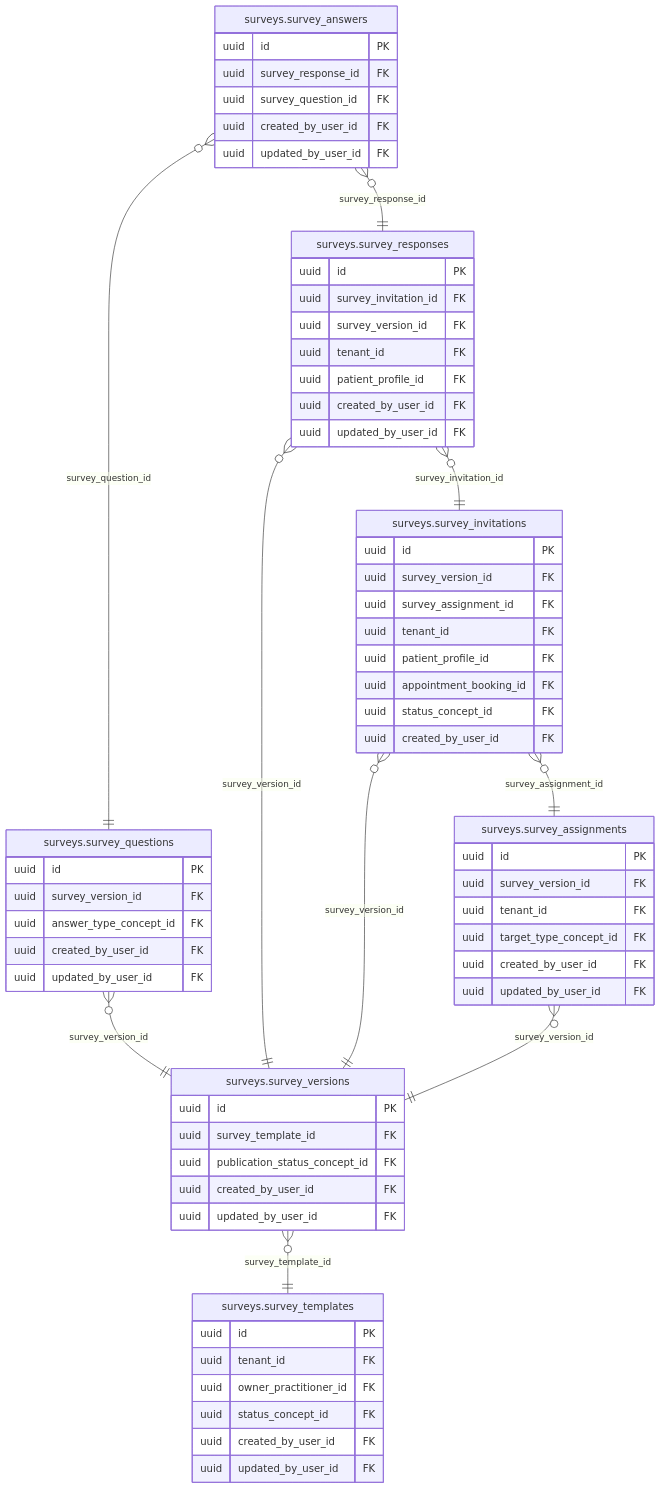
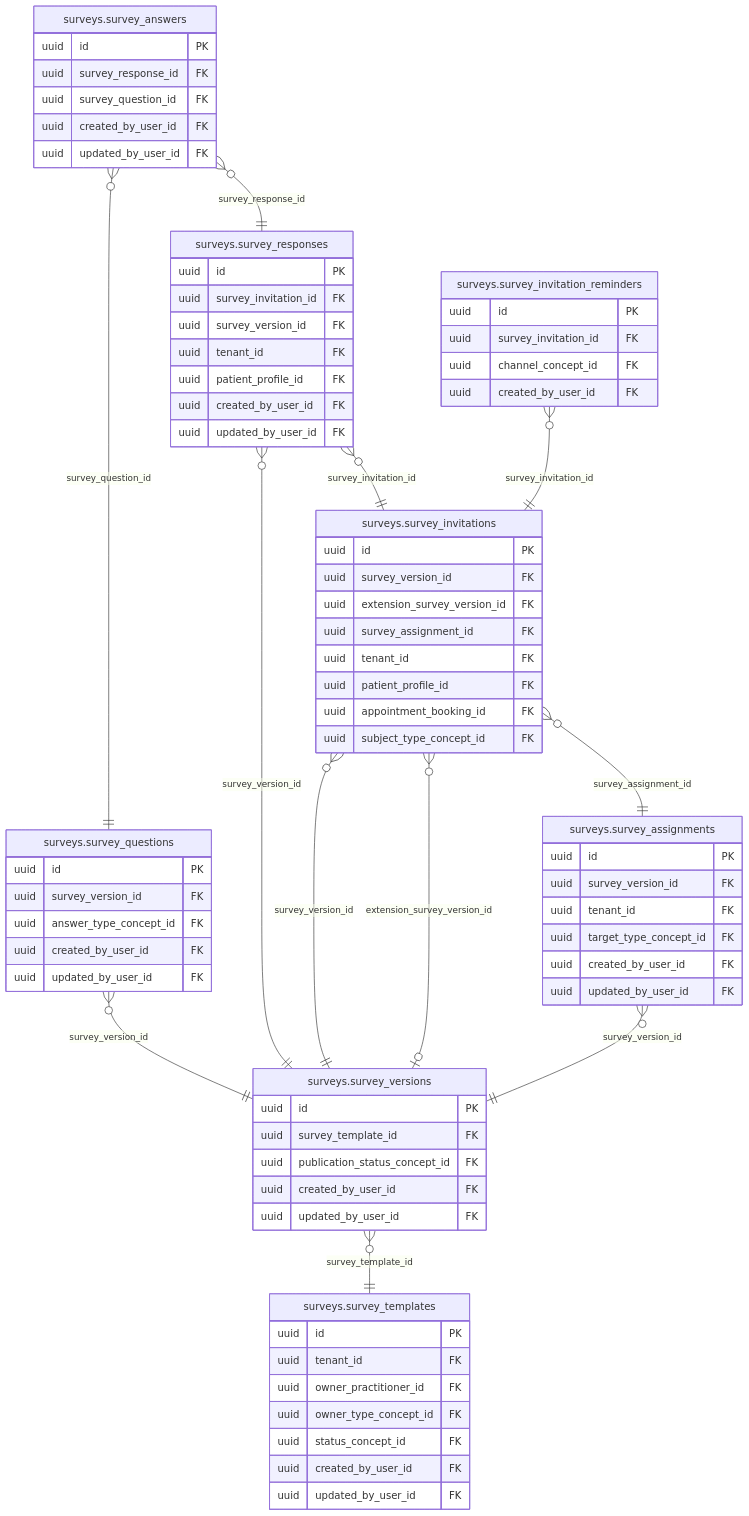
Before and after one commit to mdavila-2001/mantra-core-health-api: the diagram in docs/inventario/catalogo/surveys.md, drawn with Mermaid. The commit also changed other lines of this file and 1040 other files, not shown here.

````diff
--- a/docs/inventario/catalogo/surveys.md
+++ b/docs/inventario/catalogo/surveys.md
@@ -27,68 +28,77 @@
 ```mermaid
 erDiagram
   surveys_survey_answers["surveys.survey_answers"] {
     uuid id PK
     uuid survey_response_id FK
     uuid survey_question_id FK
     uuid created_by_user_id FK
     uuid updated_by_user_id FK
   }
   surveys_survey_questions["surveys.survey_questions"] {
     uuid id PK
     uuid survey_version_id FK
     uuid answer_type_concept_id FK
     uuid created_by_user_id FK
     uuid updated_by_user_id FK
   }
   surveys_survey_responses["surveys.survey_responses"] {
     uuid id PK
     uuid survey_invitation_id FK
     uuid survey_version_id FK
     uuid tenant_id FK
     uuid patient_profile_id FK
     uuid created_by_user_id FK
     uuid updated_by_user_id FK
   }
   surveys_survey_versions["surveys.survey_versions"] {
     uuid id PK
     uuid survey_template_id FK
     uuid publication_status_concept_id FK
     uuid created_by_user_id FK
     uuid updated_by_user_id FK
   }
   surveys_survey_invitations["surveys.survey_invitations"] {
     uuid id PK
     uuid survey_version_id FK
+    uuid extension_survey_version_id FK
     uuid survey_assignment_id FK
     uuid tenant_id FK
     uuid patient_profile_id FK
     uuid appointment_booking_id FK
-    uuid status_concept_id FK
-    uuid created_by_user_id FK
+    uuid subject_type_concept_id FK
   }
   surveys_survey_assignments["surveys.survey_assignments"] {
     uuid id PK
     uuid survey_version_id FK
     uuid tenant_id FK
     uuid target_type_concept_id FK
     uuid created_by_user_id FK
     uuid updated_by_user_id FK
   }
   surveys_survey_templates["surveys.survey_templates"] {
     uuid id PK
     uuid tenant_id FK
     uuid owner_practitioner_id FK
+    uuid owner_type_concept_id FK
     uuid status_concept_id FK
     uuid created_by_user_id FK
     uuid updated_by_user_id FK
+  }
+  surveys_survey_invitation_reminders["surveys.survey_invitation_reminders"] {
+    uuid id PK
+    uuid survey_invitation_id FK
+    uuid channel_concept_id FK
+    uuid created_by_user_id FK
   }
   surveys_survey_answers }o--|| surveys_survey_responses : "survey_response_id"
   surveys_survey_answers }o--|| surveys_survey_questions : "survey_question_id"
   surveys_survey_questions }o--|| surveys_survey_versions : "survey_version_id"
   surveys_survey_responses }o--|| surveys_survey_invitations : "survey_invitation_id"
   surveys_survey_responses }o--|| surveys_survey_versions : "survey_version_id"
   surveys_survey_versions }o--|| surveys_survey_templates : "survey_template_id"
   surveys_survey_invitations }o--|| surveys_survey_versions : "survey_version_id"
+  surveys_survey_invitations }o--o| surveys_survey_versions : "extension_survey_version_id"
   surveys_survey_invitations }o--|| surveys_survey_assignments : "survey_assignment_id"
   surveys_survey_assignments }o--|| surveys_survey_versions : "survey_version_id"
+  surveys_survey_invitation_reminders }o--|| surveys_survey_invitations : "survey_invitation_id"
 ```
````
